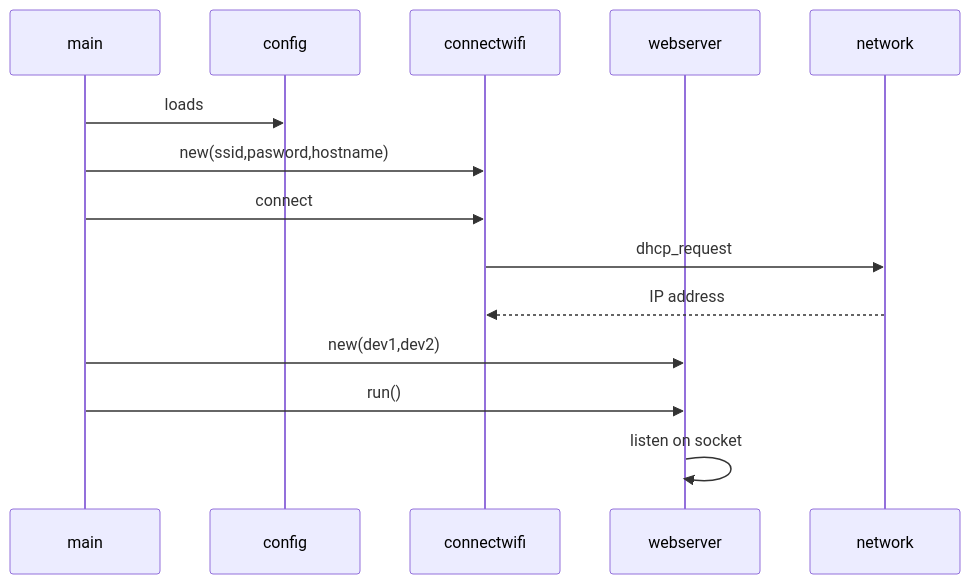
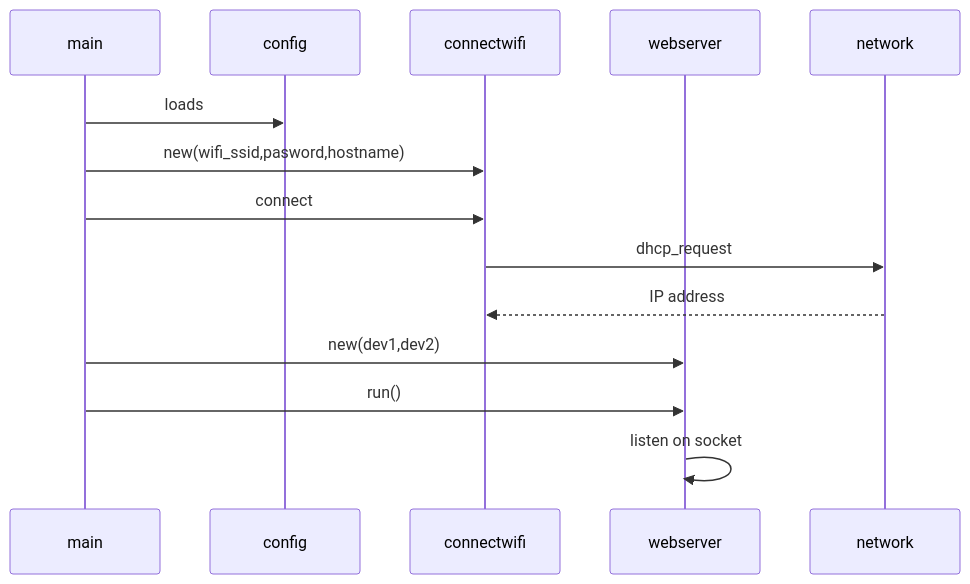
The second of 3 diagrams in README.md (freemansoft/ESP8266-MicroPython), drawn with Mermaid before and after one commit. The commit also changed other lines of this file and 3 other files, not shown here.

````diff
--- a/README.md
+++ b/README.md
@@ -71,17 +71,17 @@
 ```mermaid
 sequenceDiagram
     participant main
     participant config
     participant connectwifi
     participant webserver
     participant network
 
     main ->> config: loads
-    main ->> connectwifi: new(ssid,pasword,hostname)
+    main ->> connectwifi: new(wifi_ssid,pasword,hostname)
     main ->> connectwifi: connect
     connectwifi ->> network: dhcp_request
     network -->> connectwifi: IP address
     main ->> webserver: new(dev1,dev2)
     main ->> webserver: run()
     webserver ->> webserver: listen on socket
 ```
````
